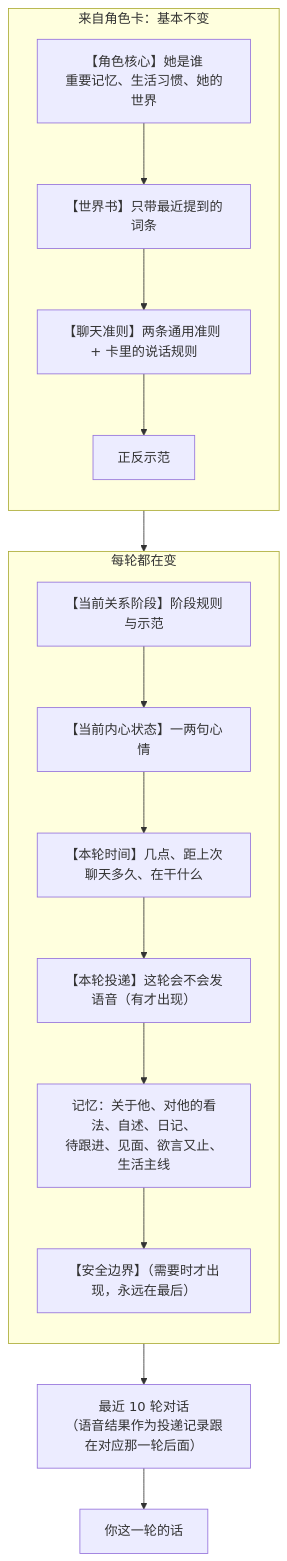
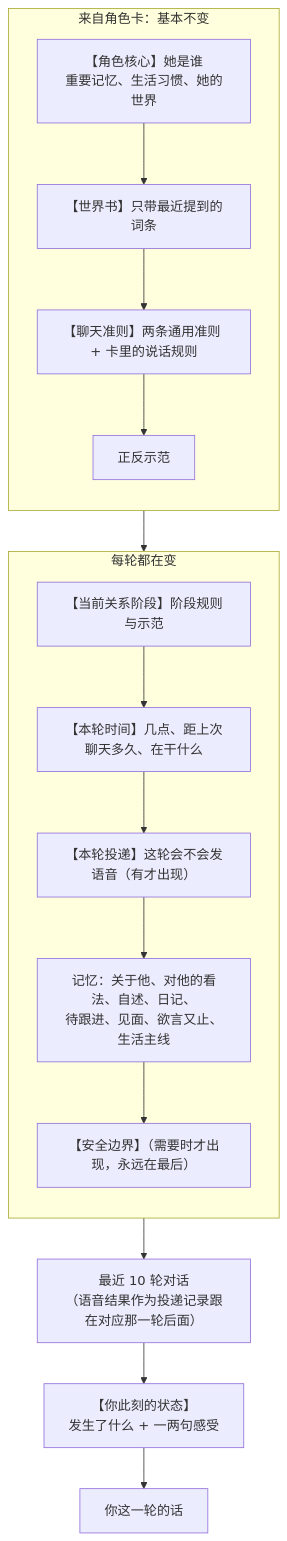
One commit to xinghefumeng0717/qq-companion-bot changed the fourth of 10 diagrams in docs/ARCHITECTURE.md. Above: the diagram before and after it, drawn with Mermaid. The commit also changed other lines of this file and 11 other files, not shown here.

````diff
--- a/docs/ARCHITECTURE.md
+++ b/docs/ARCHITECTURE.md
@@ -156,24 +156,24 @@
 ```mermaid
 flowchart TD
     subgraph S["来自角色卡：基本不变"]
         direction TB
         R1["【角色核心】她是谁<br/>重要记忆、生活习惯、她的世界"]
         R2["【世界书】只带最近提到的词条"]
         R3["【聊天准则】两条通用准则 + 卡里的说话规则"]
         R4["正反示范"]
         R1 --> R2 --> R3 --> R4
     end
     subgraph V["每轮都在变"]
         direction TB
         R5["【当前关系阶段】阶段规则与示范"]
-        R6["【当前内心状态】一两句心情"]
         R7["【本轮时间】几点、距上次聊天多久、在干什么"]
         R8["【本轮投递】这轮会不会发语音（有才出现）"]
         R9["记忆：关于他、对他的看法、自述、日记、<br/>待跟进、见面、欲言又止、生活主线"]
         R10["【安全边界】（需要时才出现，永远在最后）"]
-        R5 --> R6 --> R7 --> R8 --> R9 --> R10
+        R5 --> R7 --> R8 --> R9 --> R10
     end
     S --> V
     V --> M["最近 10 轮对话<br/>（语音结果作为投递记录跟在对应那一轮后面）"]
-    M --> N["你这一轮的话"]
+    M --> ST["【你此刻的状态】<br/>发生了什么 + 一两句感受"]
+    ST --> N["你这一轮的话"]
 ```
````
